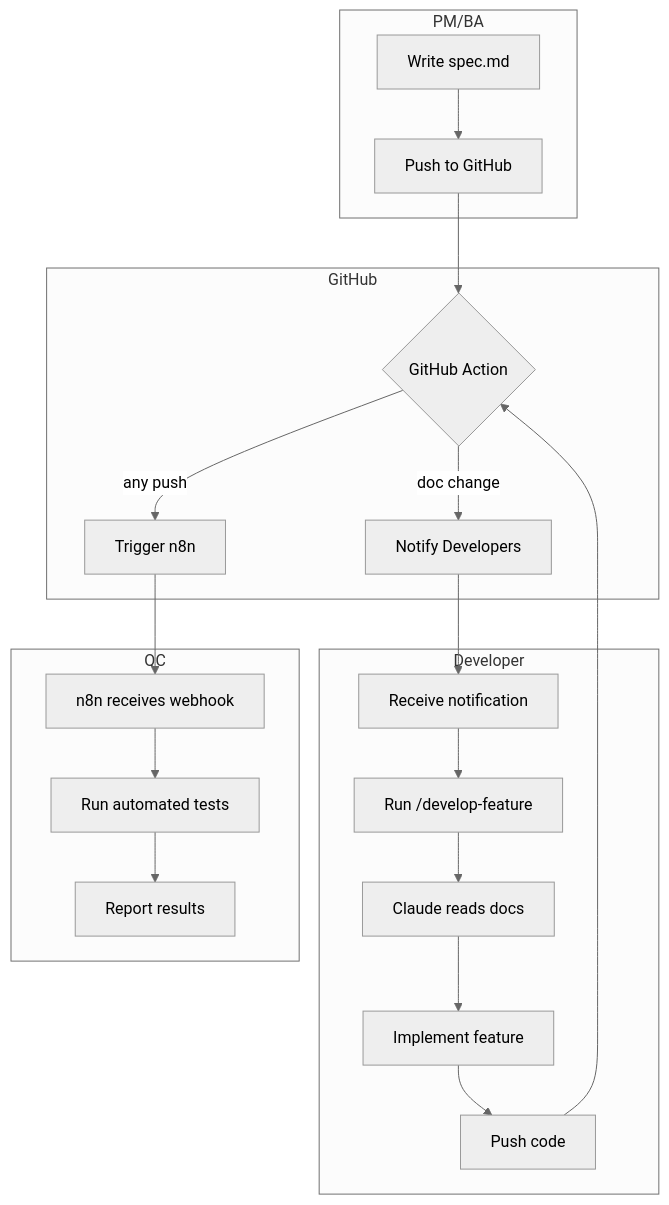
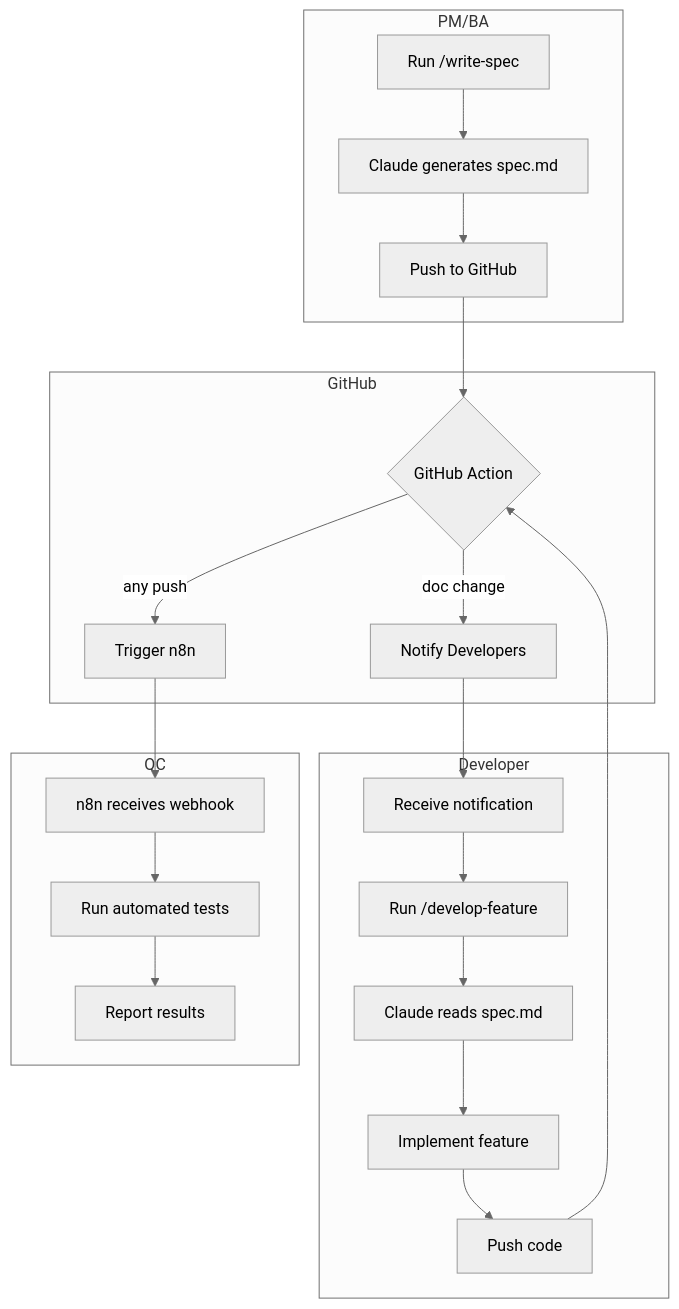
Before and after one commit to quochuydev/workflow: the first of 7 diagrams in docs-site/docs/workflow/overview.md, drawn with Mermaid (neutral theme). The commit also changed other lines of this file and 17 other files, not shown here.

First line of the commit message:
feat: add /write-spec command for PM/BA

````diff
--- a/docs-site/docs/workflow/overview.md
+++ b/docs-site/docs/workflow/overview.md
@@ -12,28 +12,29 @@
 ```mermaid
 flowchart TB
     subgraph PM/BA
-        A[Write spec.md] --> B[Push to GitHub]
+        A[Run /write-spec] --> B[Claude generates spec.md]
+        B --> C[Push to GitHub]
     end
 
     subgraph GitHub
-        B --> C{GitHub Action}
-        C -->|doc change| D[Notify Developers]
-        C -->|any push| E[Trigger n8n]
+        C --> D{GitHub Action}
+        D -->|doc change| E[Notify Developers]
+        D -->|any push| F[Trigger n8n]
     end
 
     subgraph Developer
-        D --> F[Receive notification]
-        F --> G[Run /develop-feature]
-        G --> H[Claude reads docs]
-        H --> I[Implement feature]
-        I --> J[Push code]
+        E --> G[Receive notification]
+        G --> H[Run /develop-feature]
+        H --> I[Claude reads spec.md]
+        I --> J[Implement feature]
+        J --> K[Push code]
     end
 
     subgraph QC
-        E --> K[n8n receives webhook]
-        K --> L[Run automated tests]
-        L --> M[Report results]
+        F --> L[n8n receives webhook]
+        L --> M[Run automated tests]
+        M --> N[Report results]
     end
 
-    J --> C
+    K --> D
 ```
````
